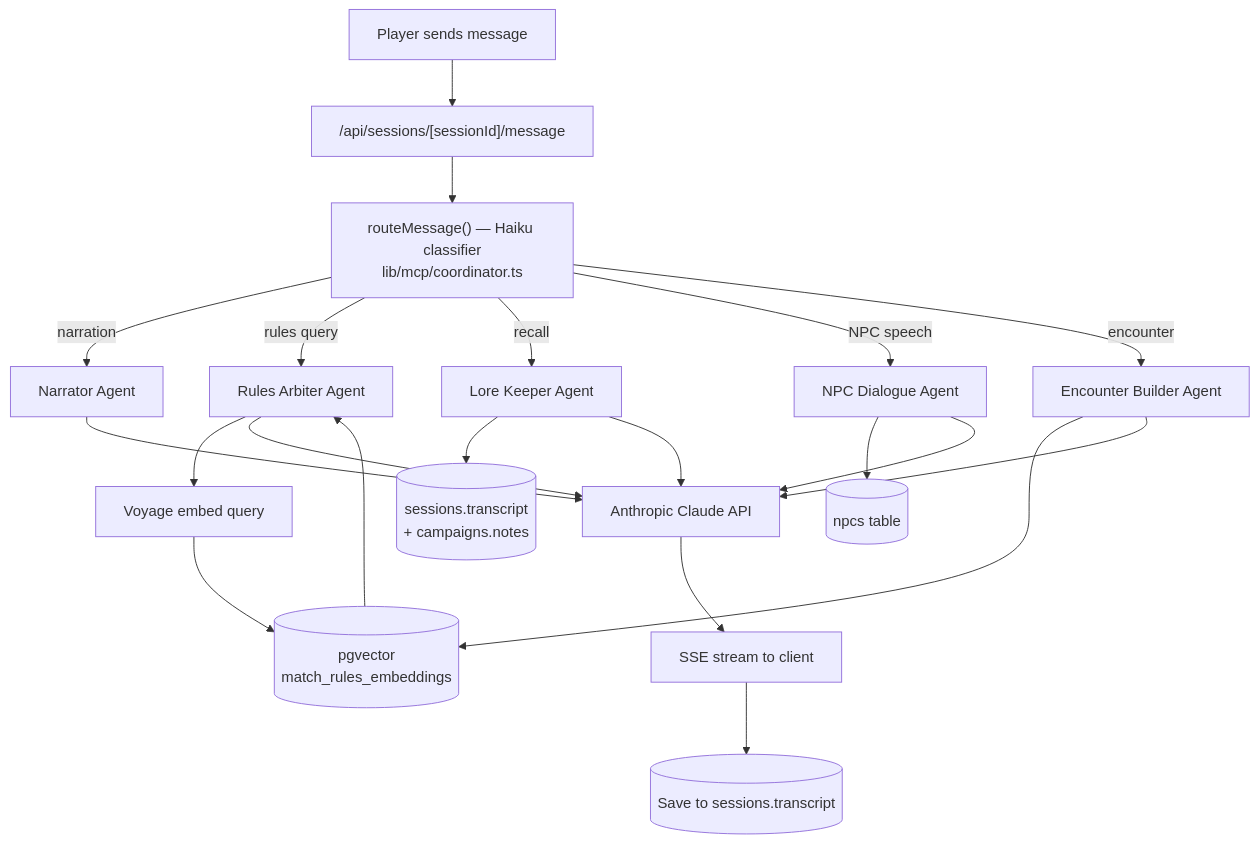
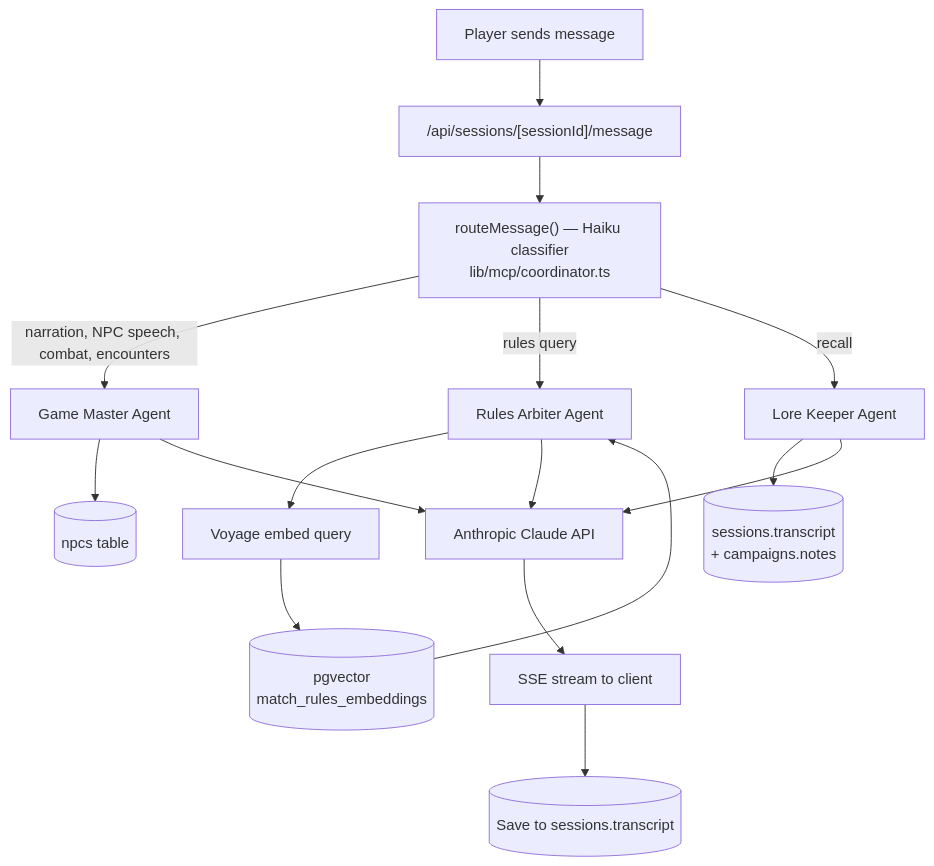
Before and after one commit to CAG07/roleverse: the diagram in docs/ARCHITECTURE.md, drawn with Mermaid. The commit also changed other lines of this file and 4 other files, not shown here.

````diff
--- a/docs/ARCHITECTURE.md
+++ b/docs/ARCHITECTURE.md
@@ -34,27 +21,22 @@
 ```mermaid
 flowchart TD
     Player[Player sends message] --> Route["/api/sessions/[sessionId]/message"]
     Route --> Router["routeMessage() — Haiku classifier<br/>lib/mcp/coordinator.ts"]
-    Router -->|narration| Narrator[Narrator Agent]
+    Router -->|narration, NPC speech, combat, encounters| GM[Game Master Agent]
     Router -->|rules query| Rules[Rules Arbiter Agent]
     Router -->|recall| Lore[Lore Keeper Agent]
-    Router -->|NPC speech| NPC[NPC Dialogue Agent]
-    Router -->|encounter| Enc[Encounter Builder Agent]
 
     Rules --> Voyage[Voyage embed query]
     Voyage --> PgVector[(pgvector<br/>match_rules_embeddings)]
     PgVector --> Rules
 
     Lore --> Transcript[(sessions.transcript<br/>+ campaigns.notes)]
-    NPC --> NpcTable[(npcs table)]
-    Enc --> PgVector
+    GM --> NpcTable[(npcs table)]
 
-    Narrator --> Claude[Anthropic Claude API]
+    GM --> Claude[Anthropic Claude API]
     Rules --> Claude
     Lore --> Claude
-    NPC --> Claude
-    Enc --> Claude
 
     Claude --> SSE[SSE stream to client]
     SSE --> Persist[(Save to sessions.transcript)]
 ```
````
